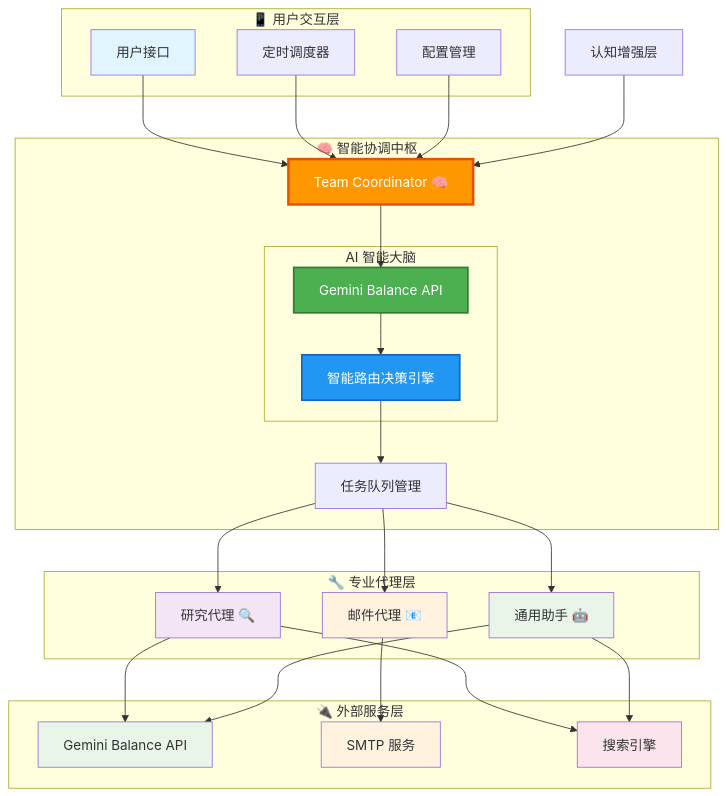
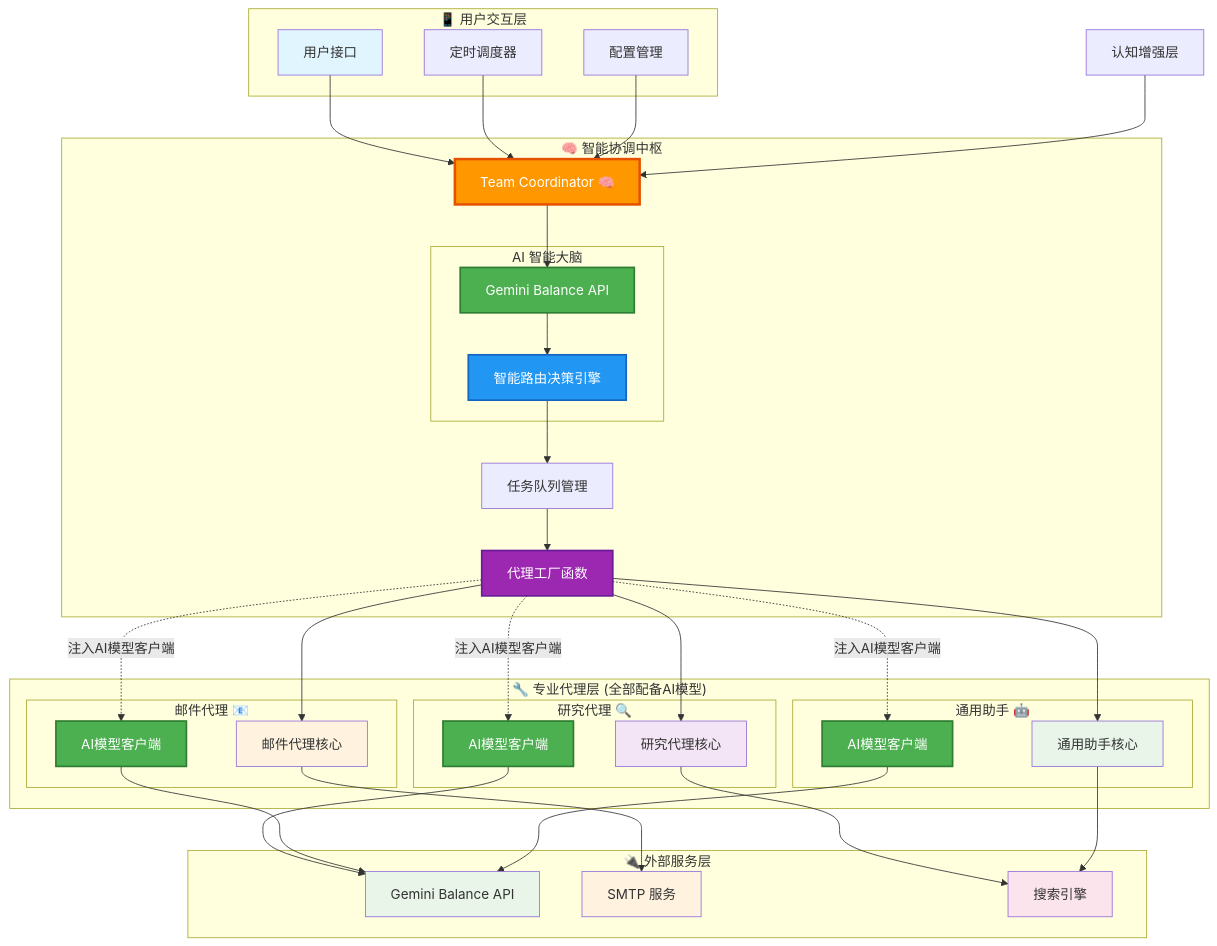
The diagram in README.md (tonyhu2006/autogen-multi-agent), drawn with Mermaid before and after one commit. The commit also changed other lines of this file, not shown here.

```diff
--- a/README.md
+++ b/README.md
@@ -91,12 +91,22 @@
             RT[智能路由决策引擎]
         end
         TQ[任务队列管理]
+        AF[代理工厂函数]
     end
     
-    subgraph "🔧 专业代理层"
-        C[研究代理 🔍]
-        D[邮件代理 📧]
-        GA[通用助手 🤖]
+    subgraph "🔧 专业代理层 (全部配备AI模型)"
+        subgraph "研究代理 🔍"
+            C[研究代理核心]
+            CM[AI模型客户端]
+        end
+        subgraph "邮件代理 📧"
+            D[邮件代理核心]
+            DM[AI模型客户端]
+        end
+        subgraph "通用助手 🤖"
+            GA[通用助手核心]
+            GM[AI模型客户端]
+        end
     end
     
     subgraph "🔌 外部服务层"
@@ -114,14 +124,23 @@
     AI --> RT
     RT --> TQ
     
-    TQ --> C
-    TQ --> D
-    TQ --> GA
+    %% 代理创建和AI模型注入
+    TQ --> AF
+    AF --> C
+    AF --> D
+    AF --> GA
+    AF -."注入AI模型客户端".-> CM
+    AF -."注入AI模型客户端".-> DM
+    AF -."注入AI模型客户端".-> GM
     
-    C --> F
+    %% AI模型调用
+    CM --> F
+    DM --> F
+    GM --> F
+    
+    %% 外部服务调用
     C --> S
     D --> G
-    GA --> F
     GA --> S
     
     %% 认知增强
@@ -131,6 +150,10 @@
     style TC fill:#ff9800,stroke:#e65100,stroke-width:3px,color:#fff
     style AI fill:#4caf50,stroke:#2e7d32,stroke-width:2px,color:#fff
     style RT fill:#2196f3,stroke:#1565c0,stroke-width:2px,color:#fff
+    style AF fill:#9c27b0,stroke:#6a1b9a,stroke-width:2px,color:#fff
+    style CM fill:#4caf50,stroke:#2e7d32,stroke-width:2px,color:#fff
+    style DM fill:#4caf50,stroke:#2e7d32,stroke-width:2px,color:#fff
+    style GM fill:#4caf50,stroke:#2e7d32,stroke-width:2px,color:#fff
     style A fill:#e1f5fe
     style C fill:#f3e5f5
     style D fill:#fff3e0
```
